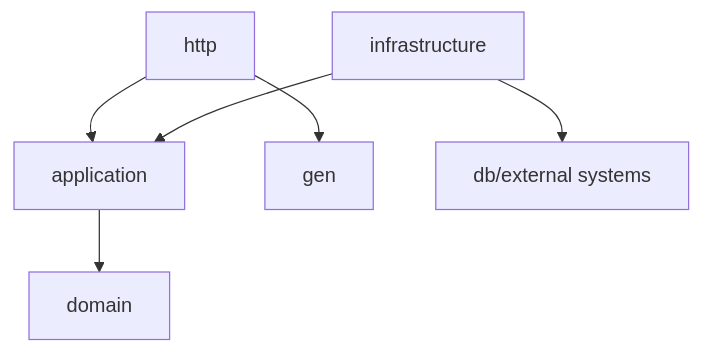
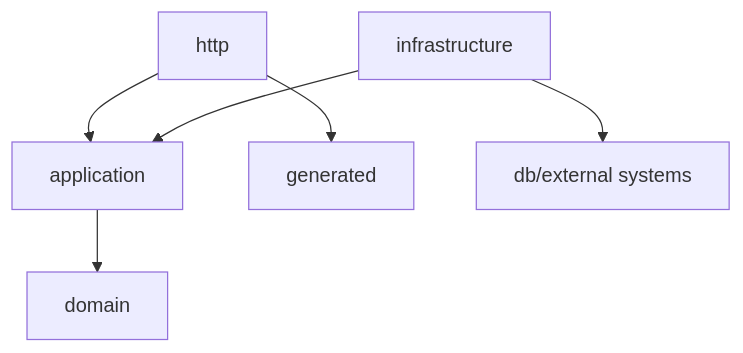
One commit to alirostami1/lemma changed the diagram in docs/domain-packages-guidlines.md. Above: the diagram before and after it, drawn with Mermaid. The commit also changed other lines of this file and 1286 other files, not shown here.

````diff
--- a/docs/domain-packages-guidlines.md
+++ b/docs/domain-packages-guidlines.md
@@ -18,8 +18,8 @@
 ```mermaid
 flowchart TB
   HTTP[http] --> Application[application]
   Infrastructure[infrastructure] --> Application
   Application --> Domain[domain]
-  HTTP --> Generated[gen]
+  HTTP --> Generated[generated]
   Infrastructure --> DB[db/external systems]
 ```
````
